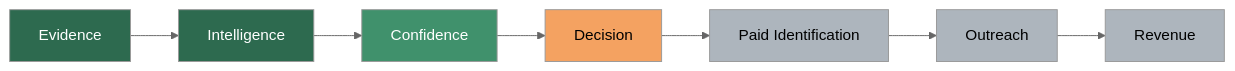
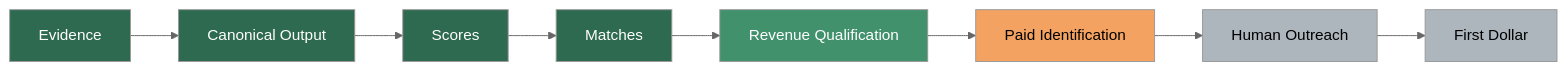
Before and after one commit to jaiaFoster/agent-info: the first of 3 diagrams in PROJECT_PROGRESS.md, drawn with Mermaid (neutral theme). The commit also changed other lines of this file and 8 other files, not shown here.

````diff
--- a/PROJECT_PROGRESS.md
+++ b/PROJECT_PROGRESS.md
@@ -7,17 +7,19 @@
 ```mermaid
 flowchart LR
-    A[Evidence] --> B[Intelligence]
-    B --> C[Confidence]
-    C --> D[Decision]
-    D --> E[Paid Identification]
-    E --> F[Outreach]
-    F --> G[Revenue]
+    A[Evidence] --> B[Canonical Output]
+    B --> C[Scores]
+    C --> D[Matches]
+    D --> E[Revenue Qualification]
+    E --> F[Paid Identification]
+    F --> G[Human Outreach]
+    G --> H[First Dollar]
 
     style A fill:#2d6a4f,color:#fff
     style B fill:#2d6a4f,color:#fff
-    style C fill:#40916c,color:#fff
-    style D fill:#f4a261,color:#000
-    style E fill:#adb5bd,color:#000
-    style F fill:#adb5bd,color:#000
+    style C fill:#2d6a4f,color:#fff
+    style D fill:#2d6a4f,color:#fff
+    style E fill:#40916c,color:#fff
+    style F fill:#f4a261,color:#000
     style G fill:#adb5bd,color:#000
+    style H fill:#adb5bd,color:#000
 ```
````
